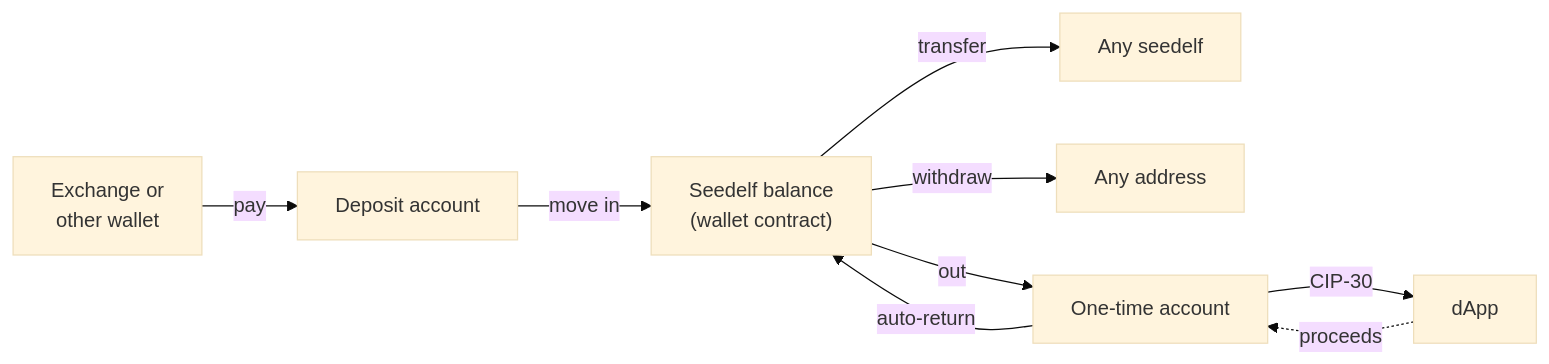
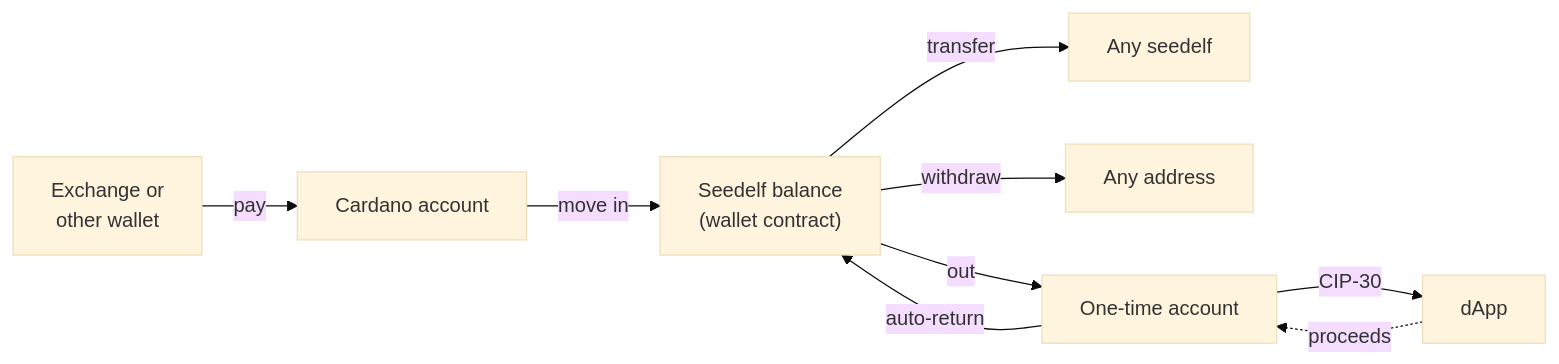
The diagram in seedelf-platform/seedelf-web-wallet/docs/flows.md (logical-mechanism/Seedelf-Wallet), drawn with Mermaid (base theme) before and after one commit. The commit also changed other lines of this file and 14 other files, not shown here.

First line of the commit message:
add the web wallet's Cardano account (CIP-1852) with Lace-verified vectors

````diff
--- a/seedelf-platform/seedelf-web-wallet/docs/flows.md
+++ b/seedelf-platform/seedelf-web-wallet/docs/flows.md
@@ -5,11 +5,11 @@
 ```mermaid
 flowchart LR
-  Ext["Exchange or<br/>other wallet"] -- "pay" --> Dep["Deposit account"]
+  Ext["Exchange or<br/>other wallet"] -- "pay" --> Dep["Cardano account"]
   Dep -- "move in" --> S["Seedelf balance<br/>(wallet contract)"]
   S -- "transfer" --> Other["Any seedelf"]
   S -- "withdraw" --> Addr["Any address"]
   S -- "out" --> OT["One-time account"]
   OT -- "CIP-30" --> D["dApp"]
   D -. "proceeds" .-> OT
   OT -- "auto-return" --> S
 ```
````
